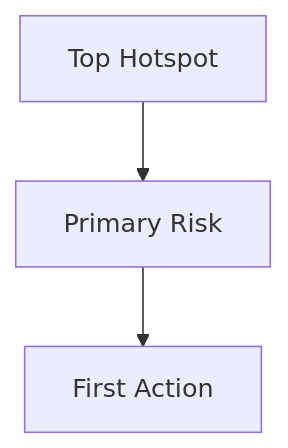
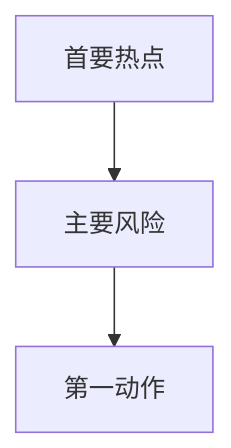
The sixth of 6 diagrams in templates/02-system-diagrams.md (WangXianan456/repo-global-map), drawn with Mermaid before and after one commit. The commit also changed other lines of this file and 16 other files, not shown here.

````diff
--- a/templates/02-system-diagrams.md
+++ b/templates/02-system-diagrams.md
@@ -126,5 +126,5 @@
 ```mermaid
 flowchart TD
-Hotspot[Top Hotspot] --> Risk[Primary Risk]
-Risk --> Action[First Action]
+Hotspot[首要热点] --> Risk[主要风险]
+Risk --> Action[第一动作]
 ```
````
